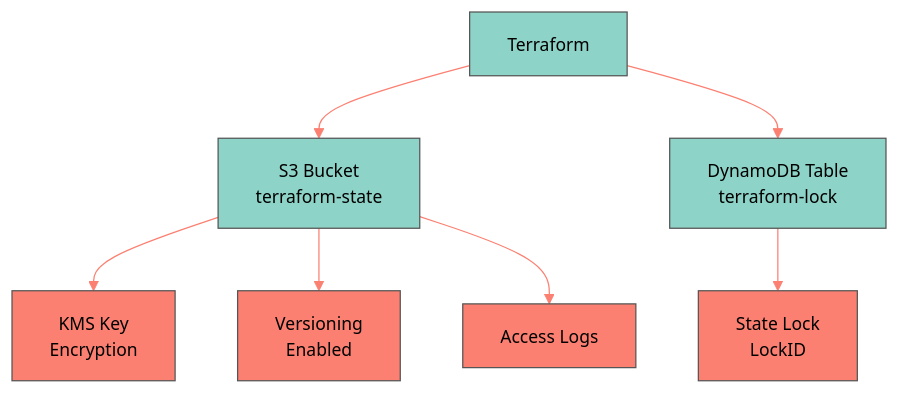
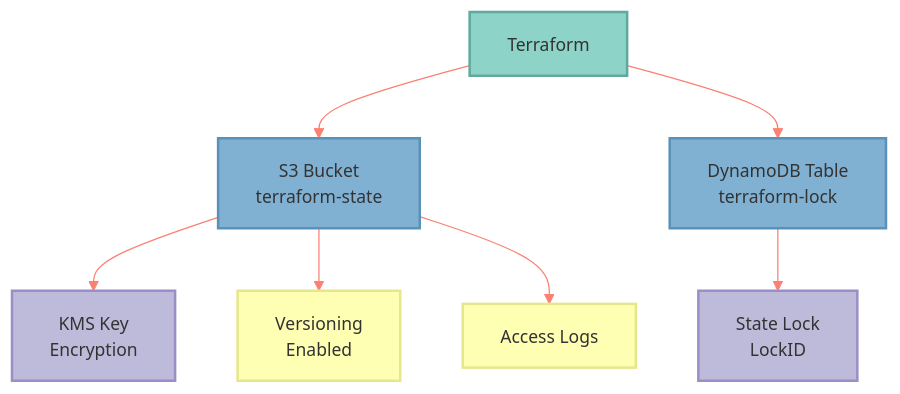
The diagram in docs/deployment/infrastructure/backend-setup-aws.mdx (vishnu2kmohan/mcp-server-langgraph), drawn with Mermaid before and after one commit. The commit also changed 201 other files, not shown here.

````diff
--- a/docs/deployment/infrastructure/backend-setup-aws.mdx
+++ b/docs/deployment/infrastructure/backend-setup-aws.mdx
@@ -29,18 +29,23 @@
 ```mermaid
+%% ColorBrewer2 Set3 palette - each component type uniquely colored
 %%{init: {'theme':'base', 'themeVariables': { 'fontSize':'14px', 'primaryColor':'#8dd3c7','primaryTextColor':'#000','primaryBorderColor':'#555','lineColor':'#fb8072','secondaryColor':'#fdb462','tertiaryColor':'#bebada'}}}%%
 flowchart TB
     TF[Terraform] --> S3[S3 Bucket<br/>terraform-state]
     TF --> DDB[DynamoDB Table<br/>terraform-lock]
 
     S3 --> KMS[KMS Key<br/>Encryption]
     S3 --> Versioning[Versioning<br/>Enabled]
     S3 --> Logging[Access Logs]
 
     DDB --> Lock[State Lock<br/>LockID]
 
-    classDef storage fill:#8dd3c7,stroke:#555,color:#000
-    classDef security fill:#fb8072,stroke:#555,color:#000
+    classDef clientStyle fill:#8dd3c7,stroke:#5fa99d,stroke-width:2px,color:#333
+    classDef storageStyle fill:#80b1d3,stroke:#5a91b8,stroke-width:2px,color:#333
+    classDef serviceStyle fill:#bebada,stroke:#9b8ec7,stroke-width:2px,color:#333
+    classDef secondaryStyle fill:#ffffb3,stroke:#e6e68a,stroke-width:2px,color:#333
 
-    class S3,DDB storage
-    class KMS,Versioning,Logging,Lock security
+    class TF clientStyle
+    class S3,DDB storageStyle
+    class KMS,Lock serviceStyle
+    class Versioning,Logging secondaryStyle
 ```
````
